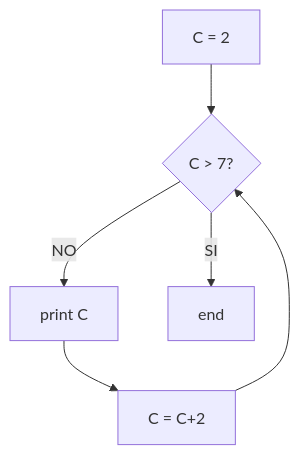
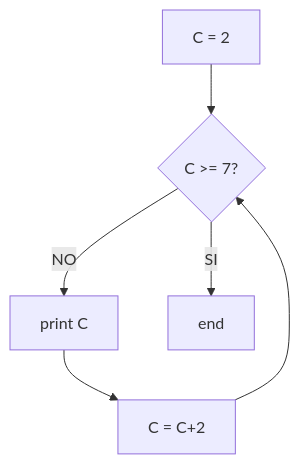
The diagram in Ejercicio6.md (Chabok52/TP_8), drawn with Mermaid before and after one commit.

Commit message:
Añadido el =

````diff
--- a/Ejercicio6.md
+++ b/Ejercicio6.md
@@ -3,8 +3,8 @@
 ```mermaid
 flowchart TD
-	A[C = 2] --> B{C > 7?}
+	A[C = 2] --> B{C >= 7?}
 	B --> |NO| C[print C]
 	C --> D[C = C+2]
 	D --> B
 	B --> |SI| E[end]
 ```
````
